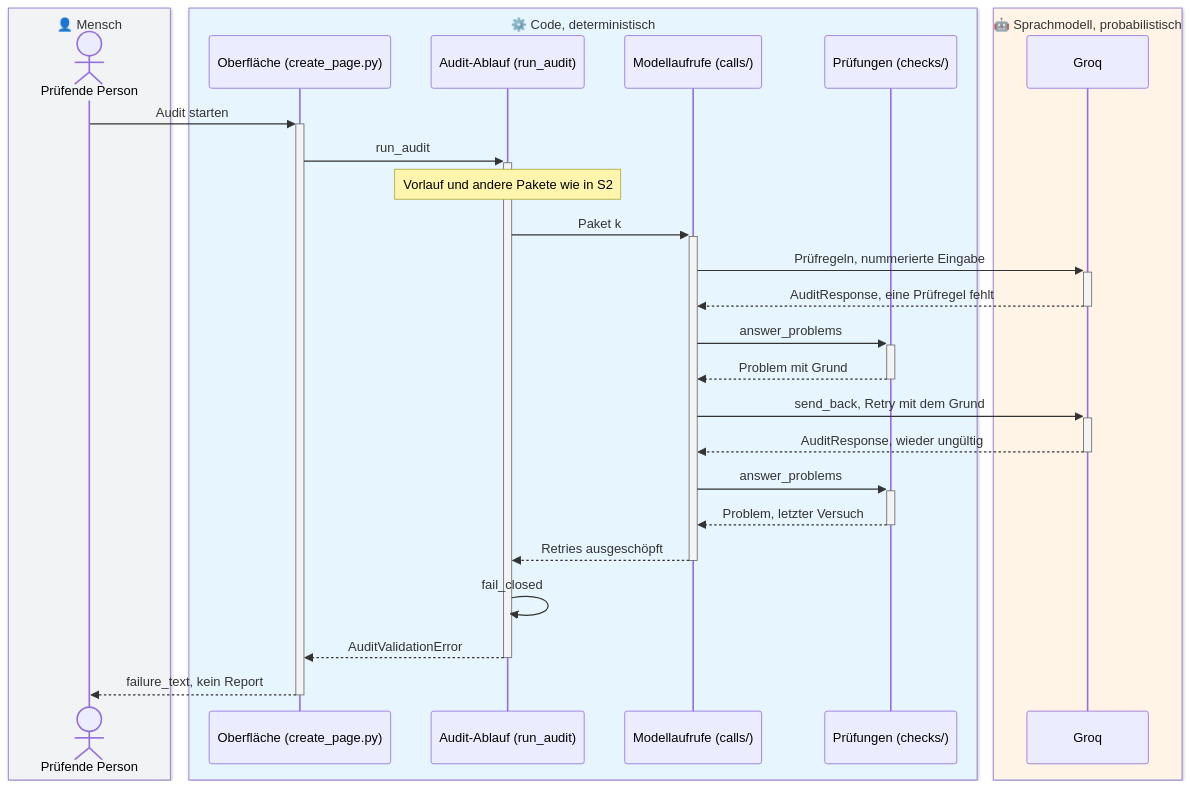
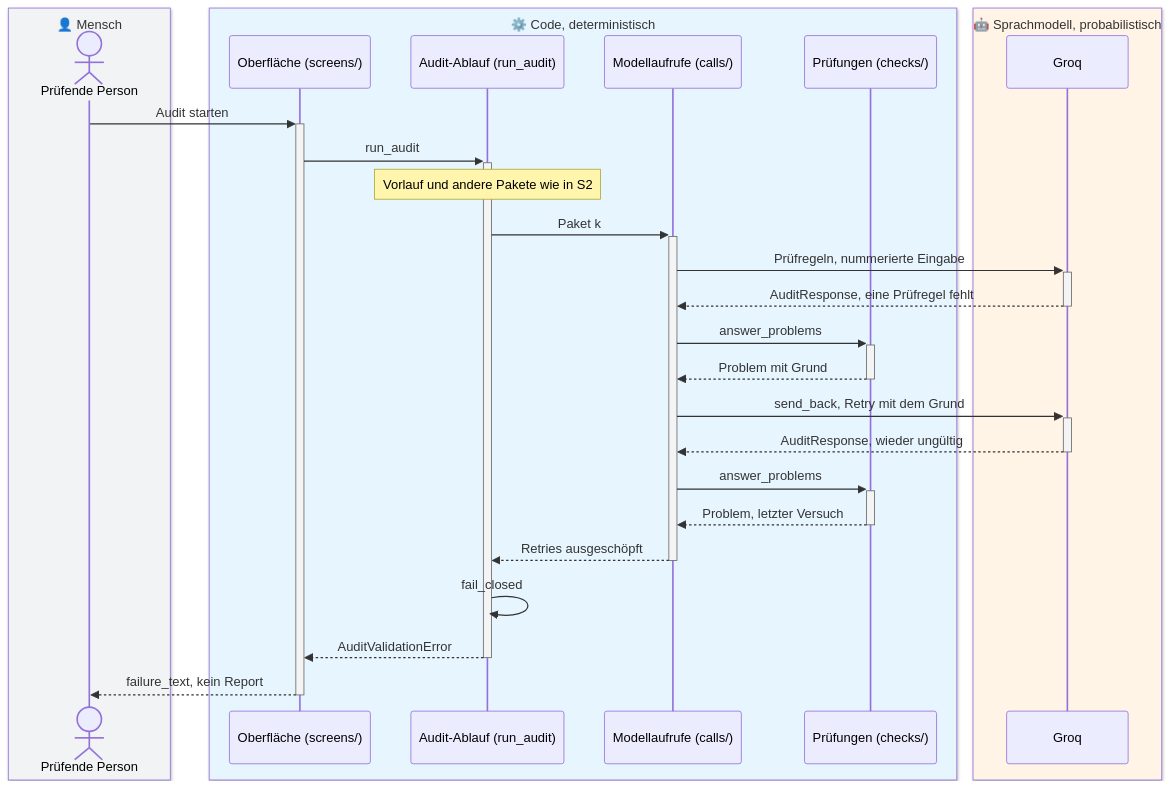
One commit to Daniel74/GovGuard changed diagram 18 of 23 in docs/ARCHITECTURE.md. Above: the diagram before and after it, drawn with Mermaid. The commit also changed other lines of this file and 5 other files, not shown here.

Commit message:
#73 Architecture and Funktionsweise - Final Draft

````diff
--- a/docs/ARCHITECTURE.md
+++ b/docs/ARCHITECTURE.md
@@ -1993,31 +1714,31 @@
 ```mermaid
 sequenceDiagram
   box rgb(241,243,245) 👤 Mensch
     actor P as Prüfende Person
   end
   box rgb(231,245,255) ⚙️ Code, deterministisch
-    participant UI as Oberfläche (create_page.py)
+    participant UI as Oberfläche (screens/)
     participant AE as Audit-Ablauf (run_audit)
     participant MC as Modellaufrufe (calls/)
     participant CH as Prüfungen (checks/)
   end
   box rgb(255,244,230) 🤖 Sprachmodell, probabilistisch
     participant M as Groq
   end
   P->>+UI: Audit starten
   UI->>+AE: run_audit
   Note over AE: Vorlauf und andere Pakete wie in S2
   AE->>+MC: Paket k
   MC->>+M: Prüfregeln, nummerierte Eingabe
   M-->>-MC: AuditResponse, eine Prüfregel fehlt
   MC->>+CH: answer_problems
   CH-->>-MC: Problem mit Grund
   MC->>+M: send_back, Retry mit dem Grund
   M-->>-MC: AuditResponse, wieder ungültig
   MC->>+CH: answer_problems
   CH-->>-MC: Problem, letzter Versuch
   MC-->>-AE: Retries ausgeschöpft
   AE->>AE: fail_closed
   AE-->>-UI: AuditValidationError
   UI-->>-P: failure_text, kein Report
 ```
````
